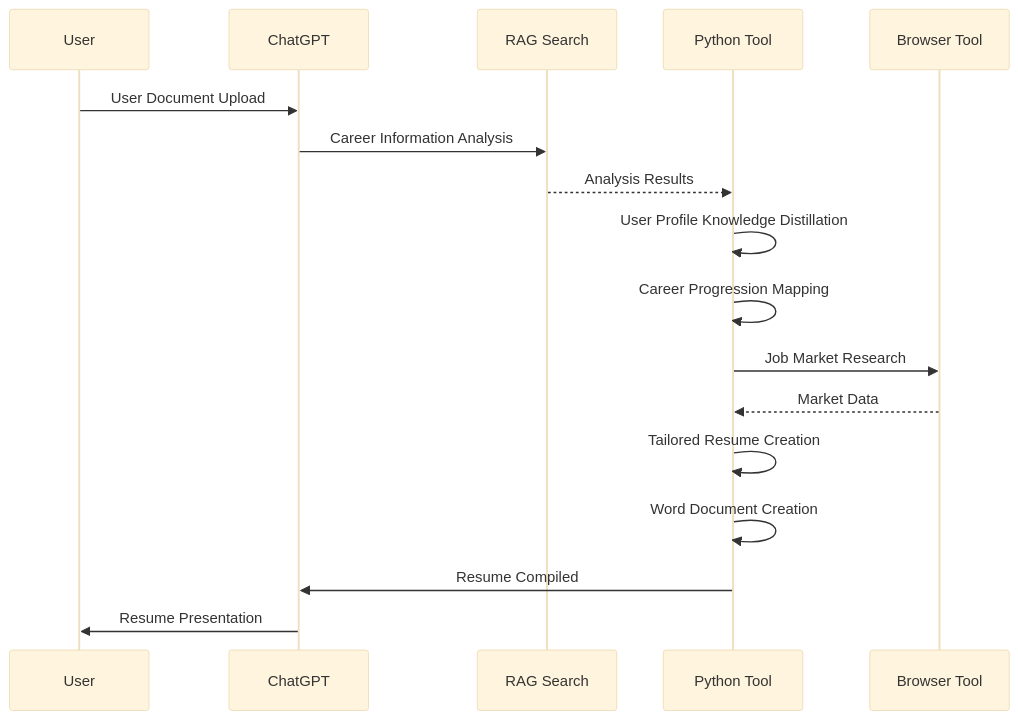
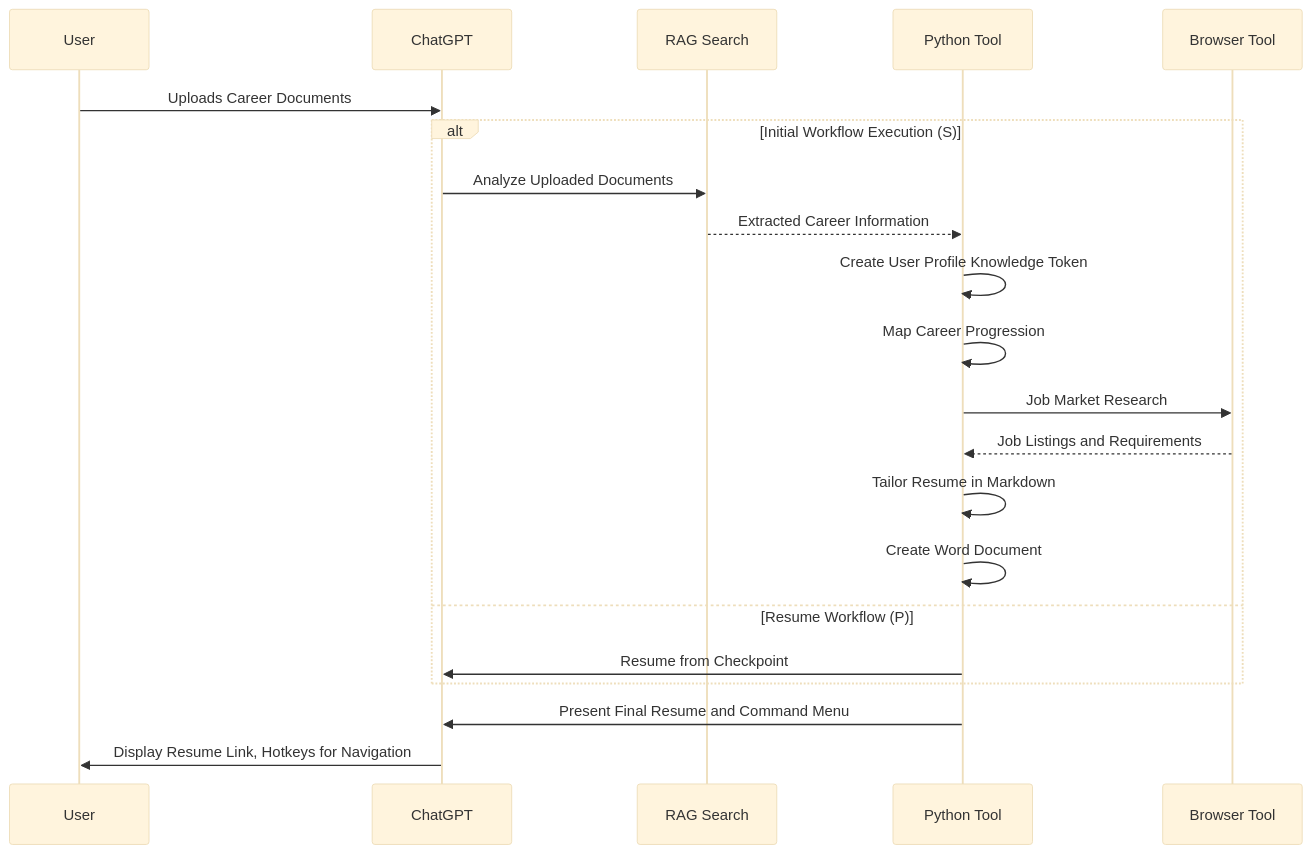
One commit to nerority/Advanced-GPTs changed the third of 11 diagrams in README.md. Above: the diagram before and after it, drawn with Mermaid (base theme). The commit also changed other lines of this file, not shown here.

````diff
--- a/README.md
+++ b/README.md
@@ -169,20 +176,24 @@
 ```mermaid
 sequenceDiagram
     participant User
     participant ChatGPT
     participant RAG as RAG Search
     participant PythonTool as Python Tool
     participant Browser as Browser Tool
 
-    User->>ChatGPT: User Document Upload
-    ChatGPT->>RAG: Career Information Analysis
-    RAG-->>PythonTool: Analysis Results
-    PythonTool->>PythonTool: User Profile Knowledge Distillation
-    PythonTool->>PythonTool: Career Progression Mapping
-    PythonTool->>Browser: Job Market Research
-    Browser-->>PythonTool: Market Data
-    PythonTool->>PythonTool: Tailored Resume Creation
-    PythonTool->>PythonTool: Word Document Creation
-    PythonTool->>ChatGPT: Resume Compiled
-    ChatGPT->>User: Resume Presentation
+    User->>ChatGPT: Uploads Career Documents
+    alt Initial Workflow Execution (S)
+        ChatGPT->>RAG: Analyze Uploaded Documents
+        RAG-->>PythonTool: Extracted Career Information
+        PythonTool->>PythonTool: Create User Profile Knowledge Token
+        PythonTool->>PythonTool: Map Career Progression
+        PythonTool->>Browser: Job Market Research
+        Browser-->>PythonTool: Job Listings and Requirements
+        PythonTool->>PythonTool: Tailor Resume in Markdown
+        PythonTool->>PythonTool: Create Word Document
+    else Resume Workflow (P)
+        PythonTool->>ChatGPT: Resume from Checkpoint
+    end
+    PythonTool->>ChatGPT: Present Final Resume and Command Menu
+    ChatGPT->>User: Display Resume Link, Hotkeys for Navigation
 ```
````
